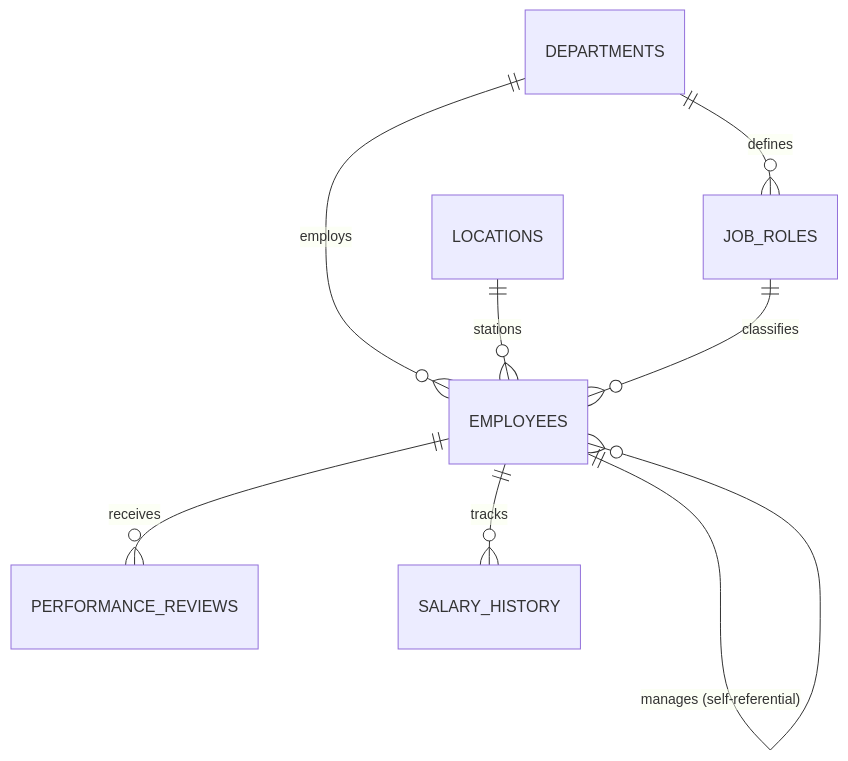
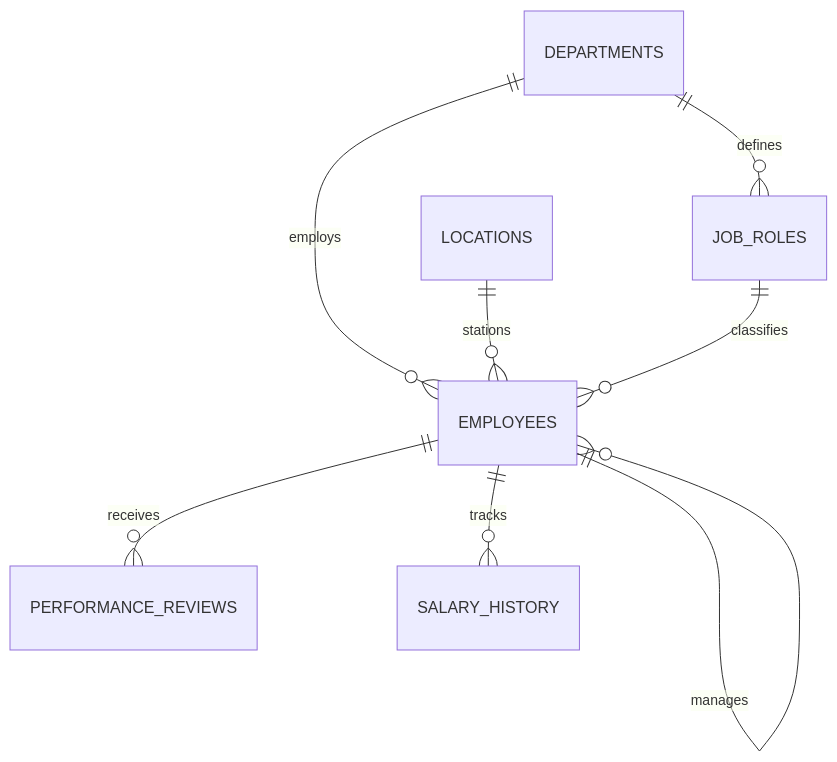
Before and after one commit to kunalnevage10-lgtm/HR-Analytics-SQL-PowerBI: the diagram in schema/schema_documentation.md, drawn with Mermaid. The commit also changed 2 other files, not shown here.

Commit message:
fix: quote mermaid relationship labels to resolve GitHub markdown parse error

````diff
--- a/schema/schema_documentation.md
+++ b/schema/schema_documentation.md
@@ -11,10 +11,10 @@
 ```mermaid
 erDiagram
     DEPARTMENTS ||--o{ EMPLOYEES : "employs"
     DEPARTMENTS ||--o{ JOB_ROLES : "defines"
     LOCATIONS ||--o{ EMPLOYEES : "stations"
     JOB_ROLES ||--o{ EMPLOYEES : "classifies"
-    EMPLOYEES ||--o{ EMPLOYEES : "manages (self-referential)"
+    EMPLOYEES ||--o{ EMPLOYEES : "manages"
     EMPLOYEES ||--o{ PERFORMANCE_REVIEWS : "receives"
     EMPLOYEES ||--o{ SALARY_HISTORY : "tracks"
 ```
````
